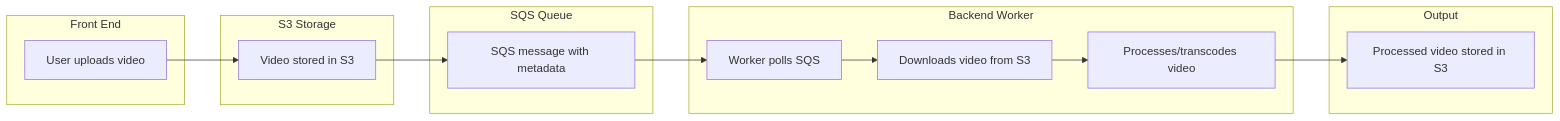
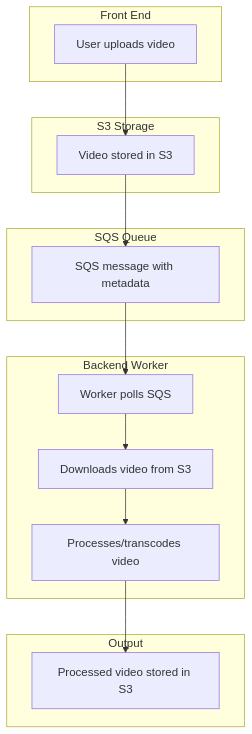
The diagram in content/posts/training/AWS/2025-aws-cloud-practitioner/16-cloud-integrations/index.md (rtdevx/rtdevx.github.io), drawn with Mermaid before and after one commit.

Commit message:
Obsidian sync: 2026-06-30 18:28:40

```diff
--- a/content/posts/training/AWS/2025-aws-cloud-practitioner/16-cloud-integrations/index.md
+++ b/content/posts/training/AWS/2025-aws-cloud-practitioner/16-cloud-integrations/index.md
@@ -120,34 +120,34 @@
 {{< mermaid >}}
 
-flowchart LR
+flowchart TD
 
     subgraph FE[Front End]
         U[User uploads video]
     end
 
     subgraph S3[S3 Storage]
         S3Obj[Video stored in S3]
     end
 
     subgraph SQ[SQS Queue]
         Q[SQS message with metadata]
     end
 
     subgraph BE[Backend Worker]
         W[Worker polls SQS]
         D[Downloads video from S3]
         P[Processes/transcodes video]
     end
 
     subgraph OUT[Output]
         O[Processed video stored in S3]
     end
 
     U --> S3Obj
     S3Obj --> Q
     Q --> W
     W --> D
     D --> P
     P --> O
 
 {{< /mermaid >}}
```
